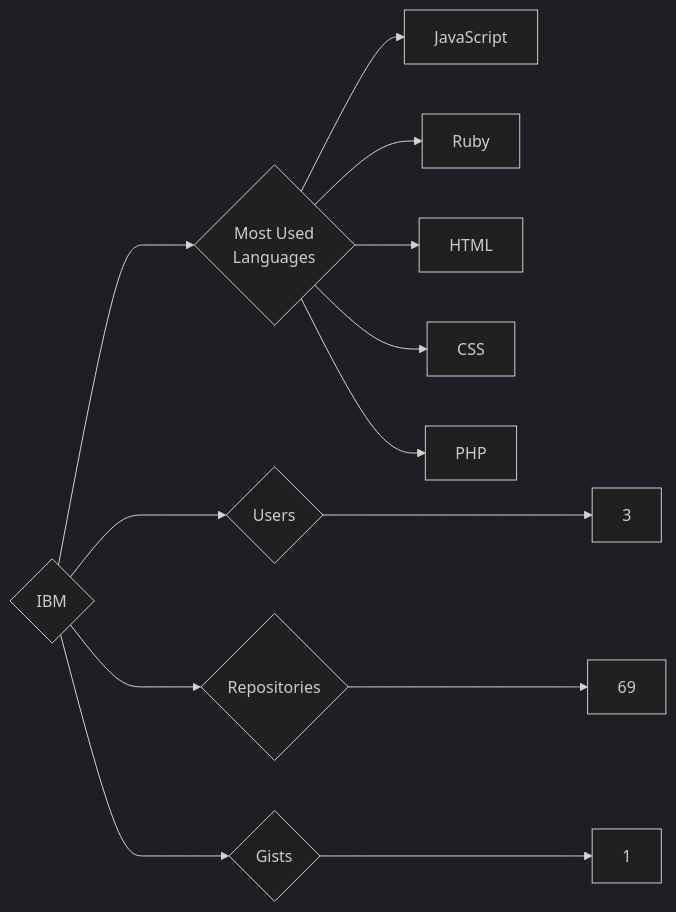
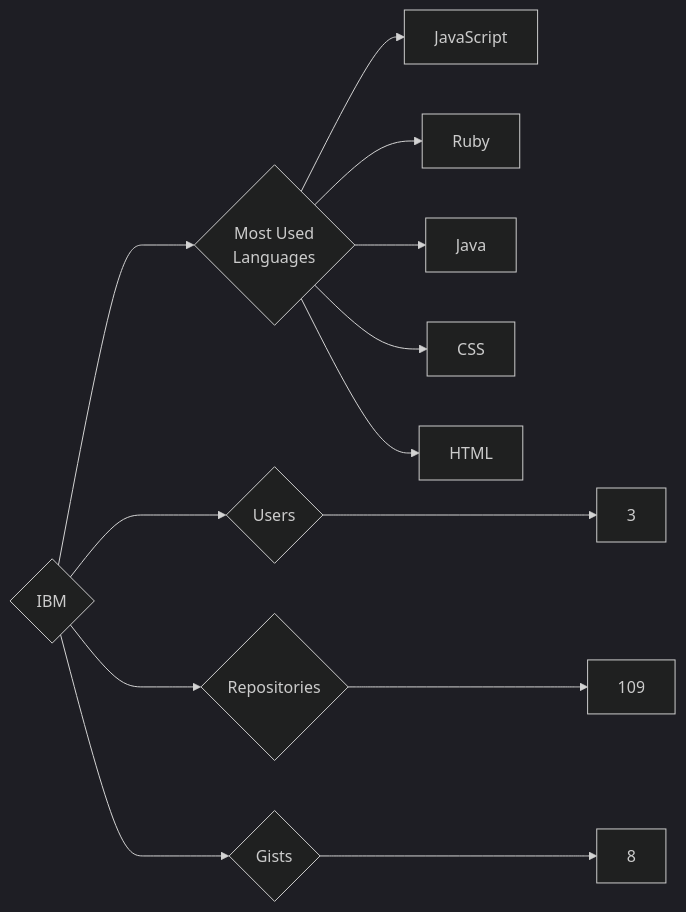
The diagram in targets/IBM/README.md (trickest/insiders), drawn with Mermaid (dark theme) before and after one commit. The commit also changed 1055 other files, not shown here.

````diff
--- a/targets/IBM/README.md
+++ b/targets/IBM/README.md
@@ -3,13 +3,13 @@
 ```mermaid
 graph LR
 COMPANY_NAME{IBM}
 COMPANY_NAME ---> U{Users} ---> UN[3]
-COMPANY_NAME ---> R{Repositories} ---> RN[69]
-COMPANY_NAME ---> G{Gists} ---> GN[1]
+COMPANY_NAME ---> R{Repositories} ---> RN[109]
+COMPANY_NAME ---> G{Gists} ---> GN[8]
 COMPANY_NAME ---> ML{Most Used<br>Languages}
 ML --> JavaScript[JavaScript]
 ML --> Ruby[Ruby]
+ML --> Java[Java]
+ML --> CSS[CSS]
 ML --> HTML[HTML]
-ML --> CSS[CSS]
-ML --> PHP[PHP]
 ```
````
